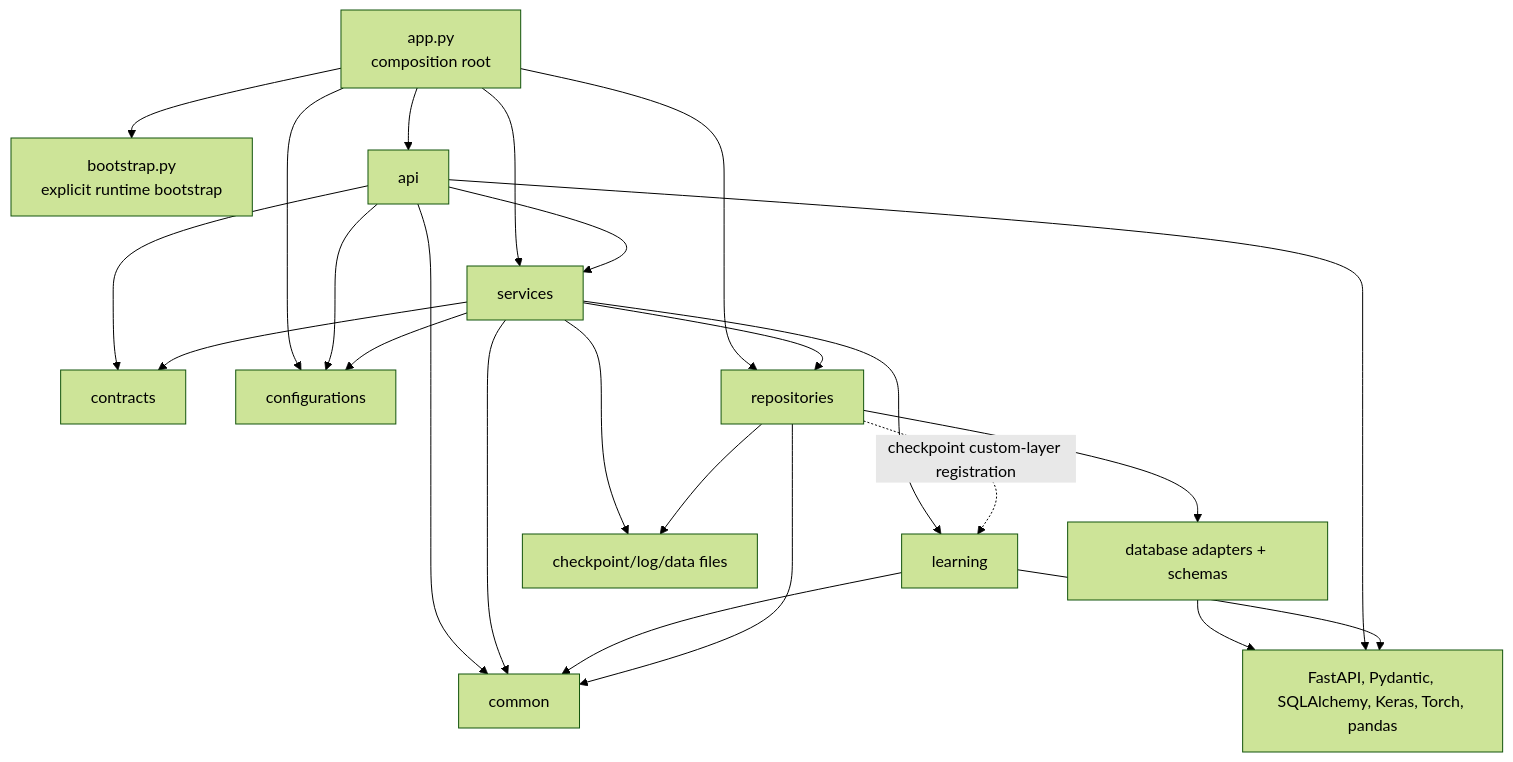
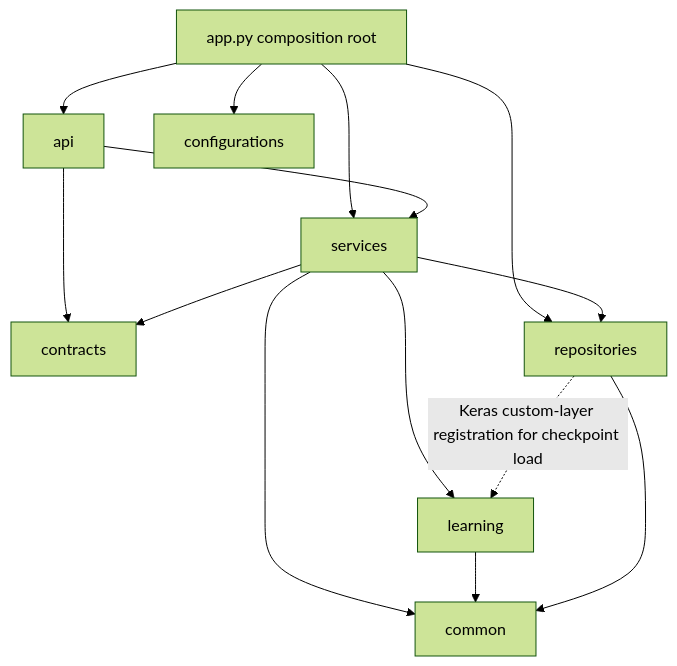
The first of 3 diagrams in assets/docs/architecture/execution_and_data_flow.md (CTCycle/FAIRS-Roulette-Player), drawn with Mermaid (forest theme) before and after one commit. The commit also changed other lines of this file, not shown here.

Commit message:
docs: align execution flow with strict canonical contracts

````diff
--- a/assets/docs/architecture/execution_and_data_flow.md
+++ b/assets/docs/architecture/execution_and_data_flow.md
@@ -19,39 +19,25 @@
 ```mermaid
 flowchart TD
-    Root[app.py\ncomposition root]
-    Bootstrap[bootstrap.py\nexplicit runtime bootstrap]
+    Root[app.py composition root]
     API[api]
     Contracts[contracts]
-    Config[configurations]
     Services[services]
     Learning[learning]
     Repos[repositories]
+    Config[configurations]
     Common[common]
-    DB[database adapters + schemas]
-    Files[checkpoint/log/data files]
-    ThirdParty[FastAPI, Pydantic, SQLAlchemy, Keras, Torch, pandas]
 
     Root --> API
-    Root --> Bootstrap
-    Root --> Config
     Root --> Services
     Root --> Repos
+    Root --> Config
     API --> Contracts
-    API --> Config
     API --> Services
-    API --> Common
     Services --> Contracts
-    Services --> Config
     Services --> Learning
     Services --> Repos
     Services --> Common
     Learning --> Common
-    Repos --> DB
     Repos --> Common
-    Repos -.->|checkpoint custom-layer registration| Learning
-    DB --> ThirdParty
-    API --> ThirdParty
-    Learning --> ThirdParty
-    Services --> Files
-    Repos --> Files
+    Repos -.->|Keras custom-layer registration for checkpoint load| Learning
 ```
````
